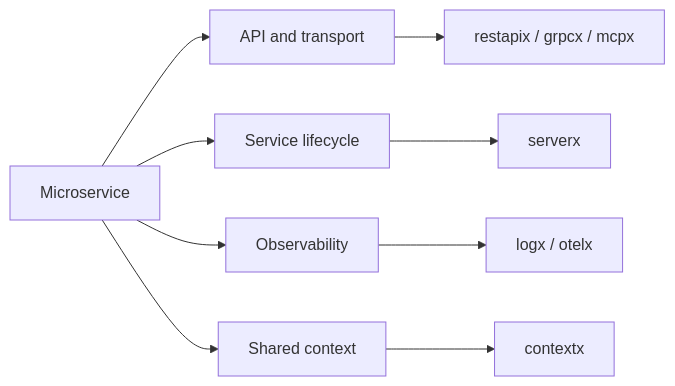
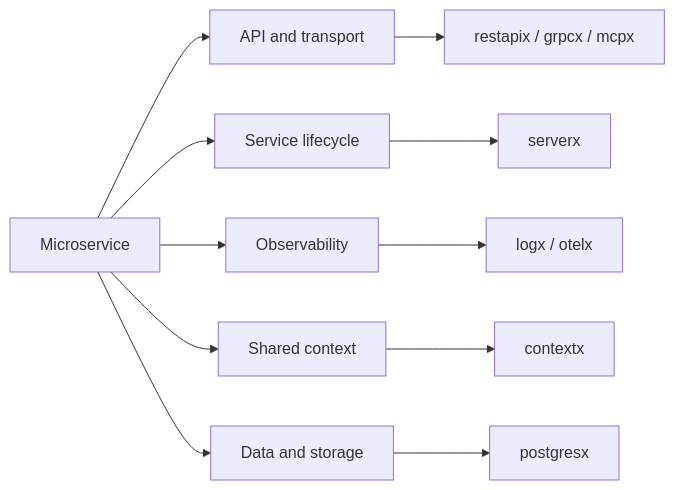
One commit to LeeTun2k2/go-bedrock changed the first of 2 diagrams in README.md. Above: the diagram before and after it, drawn with Mermaid. The commit also changed other lines of this file and 6 other files, not shown here.

````diff
--- a/README.md
+++ b/README.md
@@ -9,12 +9,14 @@
 ```mermaid
 flowchart LR
     A[Microservice] --> B[API and transport]
     A --> C[Service lifecycle]
     A --> D[Observability]
     A --> E[Shared context]
+    A --> J[Data and storage]
 
     B --> F[restapix / grpcx / mcpx]
     C --> G[serverx]
     D --> H[logx / otelx]
     E --> I[contextx]
+    J --> K[postgresx]
 ```
````
